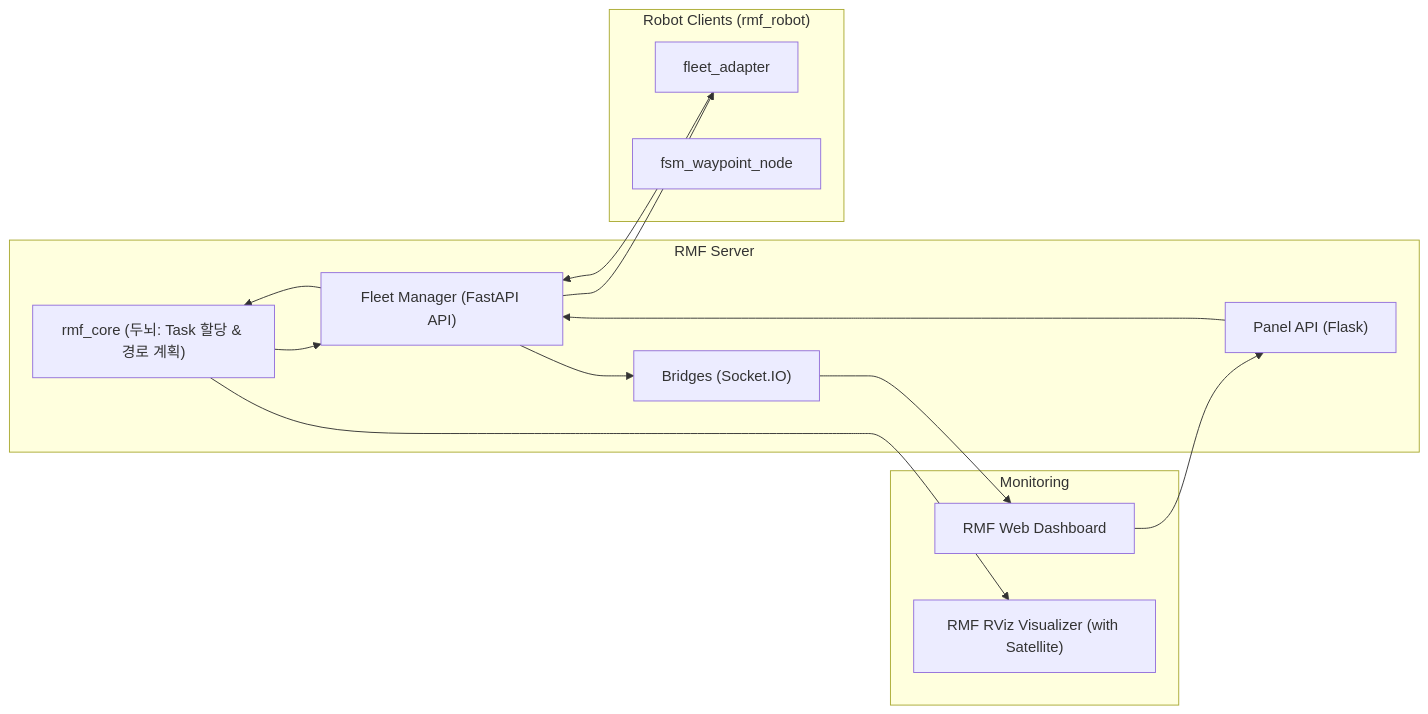
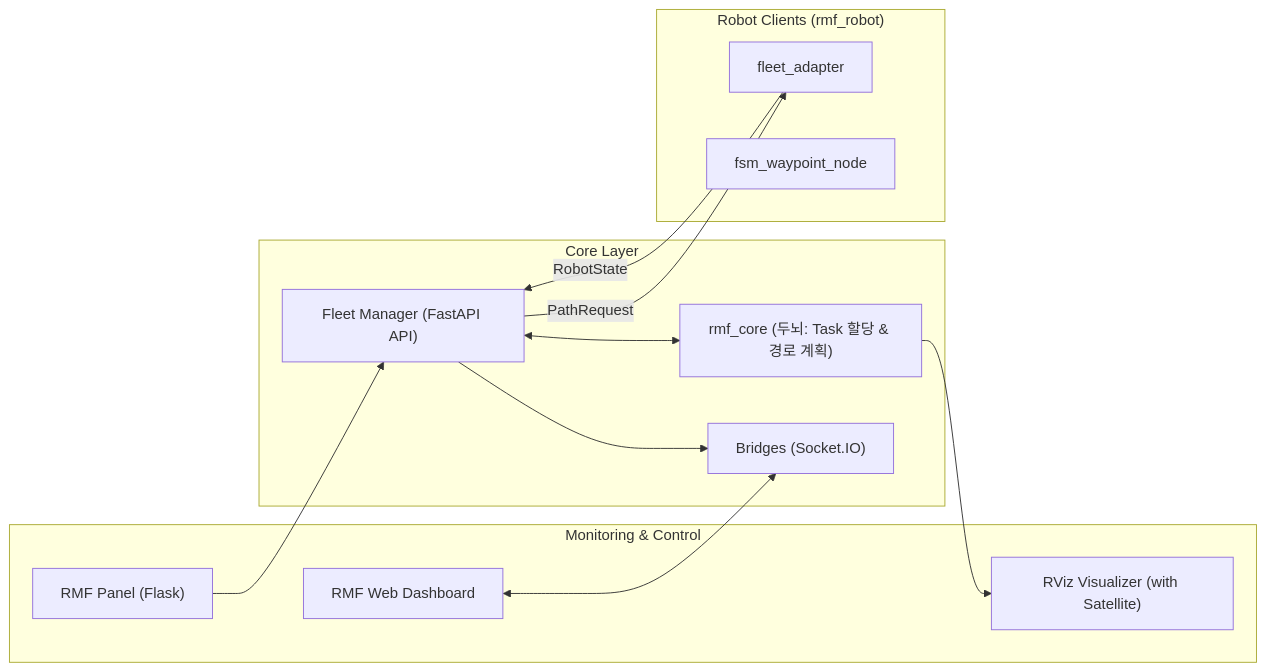
The diagram in README.md (DeveloperKSH/Open-RMF_Server), drawn with Mermaid before and after one commit.

Commit message:
md file update

````diff
--- a/README.md
+++ b/README.md
@@ -49,29 +49,32 @@
 ```mermaid
 flowchart LR
-  subgraph Control["RMF Server"]
+  subgraph CoreLayer["Core Layer"]
     Core["rmf_core (두뇌: Task 할당 & 경로 계획)"]
     FleetManager["Fleet Manager (FastAPI API)"]
-    Bridge["Bridges (Socket.IO)"]
-    Panel["Panel API (Flask)"]
+    Bridges["Bridges (Socket.IO)"]
   end
 
-  subgraph UI["Monitoring"]
+  subgraph Monitoring["Monitoring & Control"]
     Dashboard["RMF Web Dashboard"]
-    RViz["RMF RViz Visualizer (with Satellite)"]
+    RViz["RViz Visualizer (with Satellite)"]
+    Panel["RMF Panel (Flask)"]
   end
 
   subgraph RobotSide["Robot Clients (rmf_robot)"]
     Adapter["fleet_adapter"]
     FSM["fsm_waypoint_node"]
   end
 
-  %% 흐름
-  Dashboard --> Panel
+  %% 서버 <-> 로봇
+  FleetManager -- "PathRequest" --> Adapter
+  Adapter -- "RobotState" --> FleetManager
+
+  %% 서버 내부
+  FleetManager <--> Core
+  FleetManager --> Bridges
+
+  %% 모니터링
+  Dashboard <--> Bridges
   Panel --> FleetManager
-  FleetManager --> Core
-  Core --> FleetManager
-  FleetManager --> Adapter
-  Adapter --> FleetManager
-  FleetManager --> Bridge --> Dashboard
   Core --> RViz
   ```
````
